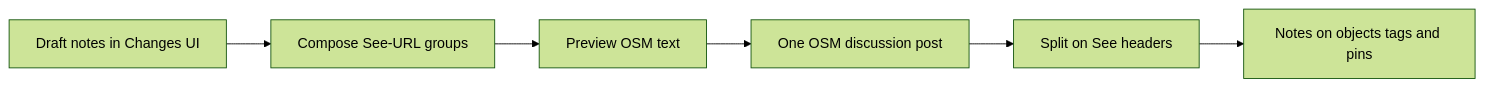
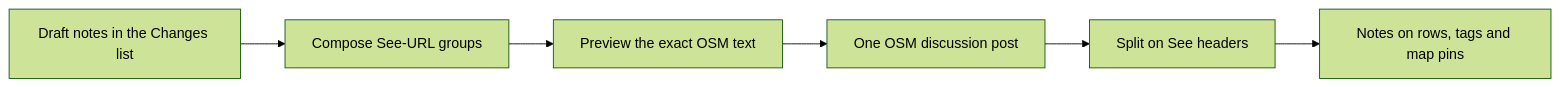
Before and after one commit to tordans/osmcha2: the first of 3 diagrams in docs/plans/changeset-note-schema.md, drawn with Mermaid (forest theme). The commit also changed other lines of this file, not shown here.

First line of the commit message:
Docs: flesh out changeset notes plan with UI and sync rules

````diff
--- a/docs/plans/changeset-note-schema.md
+++ b/docs/plans/changeset-note-schema.md
@@ -32,10 +49,10 @@
 ```mermaid
 flowchart LR
-  draft[Draft notes in Changes UI]
+  draft[Draft notes in the Changes list]
   compose["Compose See-URL groups"]
-  preview[Preview OSM text]
+  preview[Preview the exact OSM text]
   osm[One OSM discussion post]
   split[Split on See headers]
-  show[Notes on objects tags and pins]
+  show[Notes on rows, tags and map pins]
   draft --> compose --> preview --> osm --> split --> show
 ```
````
